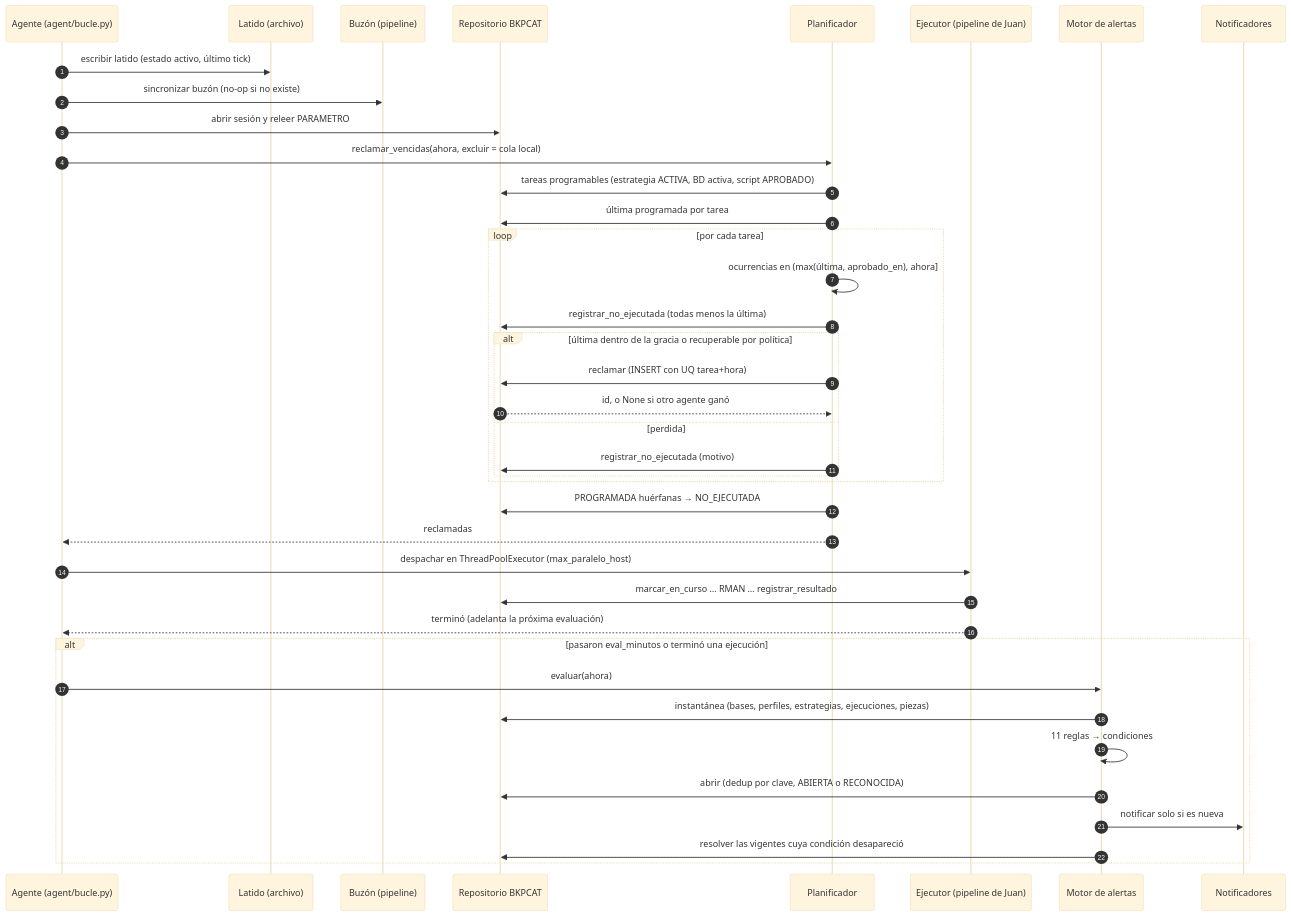
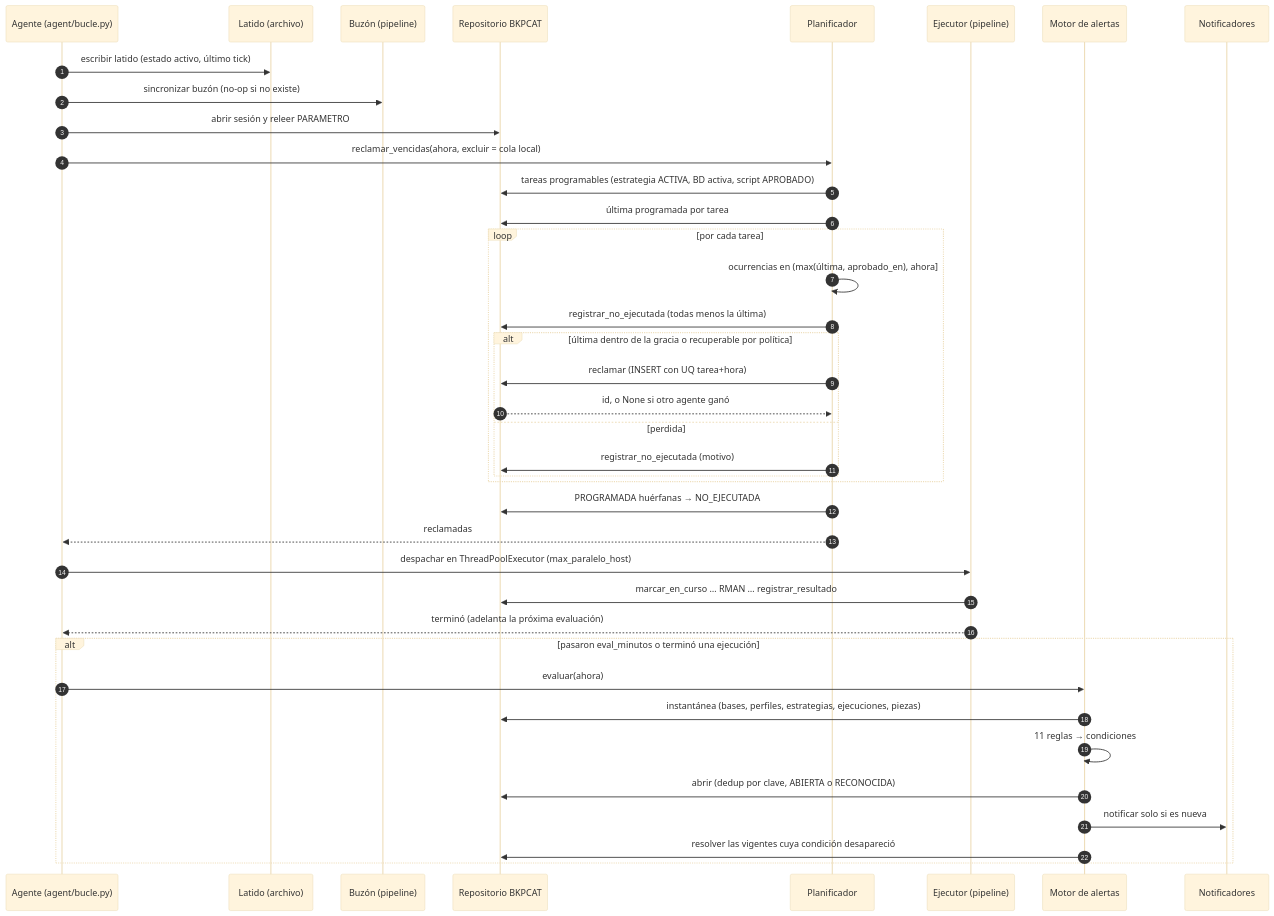
The first of 5 diagrams in docs/diseno.md (AlejandroMirandaGomez/CloudCR-Oracle-Backup), drawn with Mermaid (base theme) before and after one commit. The commit also changed other lines of this file and 20 other files, not shown here.

````diff
--- a/docs/diseno.md
+++ b/docs/diseno.md
@@ -456,42 +456,42 @@
 ```mermaid
 sequenceDiagram
     autonumber
     participant A as Agente (agent/bucle.py)
     participant L as Latido (archivo)
     participant B as Buzón (pipeline)
     participant R as Repositorio BKPCAT
     participant P as Planificador
-    participant E as Ejecutor (pipeline de Juan)
+    participant E as Ejecutor (pipeline)
     participant M as Motor de alertas
     participant N as Notificadores
 
     A->>L: escribir latido (estado activo, último tick)
     A->>B: sincronizar buzón (no-op si no existe)
     A->>R: abrir sesión y releer PARAMETRO
     A->>P: reclamar_vencidas(ahora, excluir = cola local)
     P->>R: tareas programables (estrategia ACTIVA, BD activa, script APROBADO)
     P->>R: última programada por tarea
     loop por cada tarea
         P->>P: ocurrencias en (max(última, aprobado_en), ahora]
         P->>R: registrar_no_ejecutada (todas menos la última)
         alt última dentro de la gracia o recuperable por política
             P->>R: reclamar (INSERT con UQ tarea+hora)
             R-->>P: id, o None si otro agente ganó
         else perdida
             P->>R: registrar_no_ejecutada (motivo)
         end
     end
     P->>R: PROGRAMADA huérfanas → NO_EJECUTADA
     P-->>A: reclamadas
     A->>E: despachar en ThreadPoolExecutor (max_paralelo_host)
     E->>R: marcar_en_curso … RMAN … registrar_resultado
     E-->>A: terminó (adelanta la próxima evaluación)
     alt pasaron eval_minutos o terminó una ejecución
         A->>M: evaluar(ahora)
         M->>R: instantánea (bases, perfiles, estrategias, ejecuciones, piezas)
         M->>M: 11 reglas → condiciones
         M->>R: abrir (dedup por clave, ABIERTA o RECONOCIDA)
         M->>N: notificar solo si es nueva
         M->>R: resolver las vigentes cuya condición desapareció
     end
 ```
````
